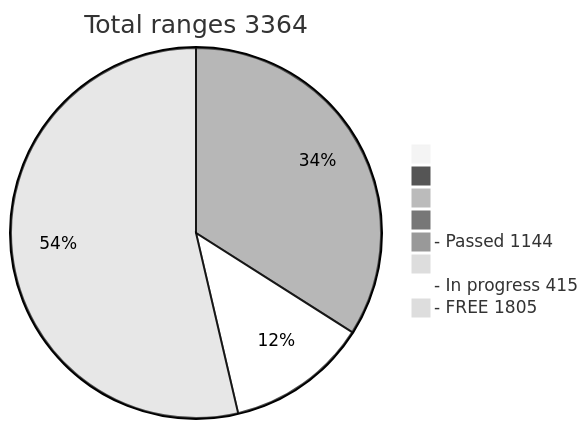
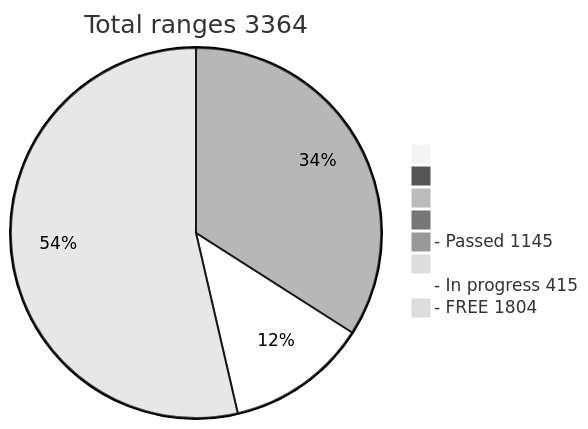
Before and after one commit to phrutis/wif500: the diagram in README.md, drawn with Mermaid (neutral theme).

````diff
--- a/README.md
+++ b/README.md
@@ -16,12 +16,12 @@
 ```mermaid
 pie title Total ranges 3364
              " " : 0
             "  " : 0
            "   " : 0
           "    " : 0
-  "- Passed 1144" : 1144
+  "- Passed 1145" : 1145
          "     " : 0
   "- In progress 415" : 415
-   "- FREE 1805" : 1805
+   "- FREE 1804" : 1804
    
 ```
````
